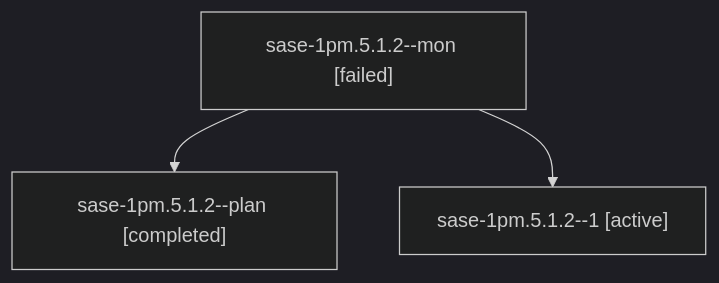
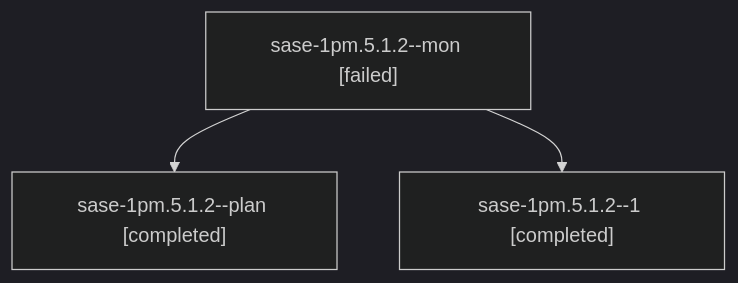
One commit to sase-org/sase--agents changed the diagram in sessions/bbugyi200.athena.sase-1pm.5.1.2.md. Above: the diagram before and after it, drawn with Mermaid (dark theme). The commit also changed other lines of this file and 104 other files, not shown here.

````diff
--- a/sessions/bbugyi200.athena.sase-1pm.5.1.2.md
+++ b/sessions/bbugyi200.athena.sase-1pm.5.1.2.md
@@ -9,8 +9,8 @@
 ```mermaid
 flowchart TD
   n0["sase-1pm.5.1.2--mon [failed]"]
   n1["sase-1pm.5.1.2--plan [completed]"]
   n0 --> n1
-  n2["sase-1pm.5.1.2--1 [active]"]
+  n2["sase-1pm.5.1.2--1 [completed]"]
   n0 --> n2
 ```
````
